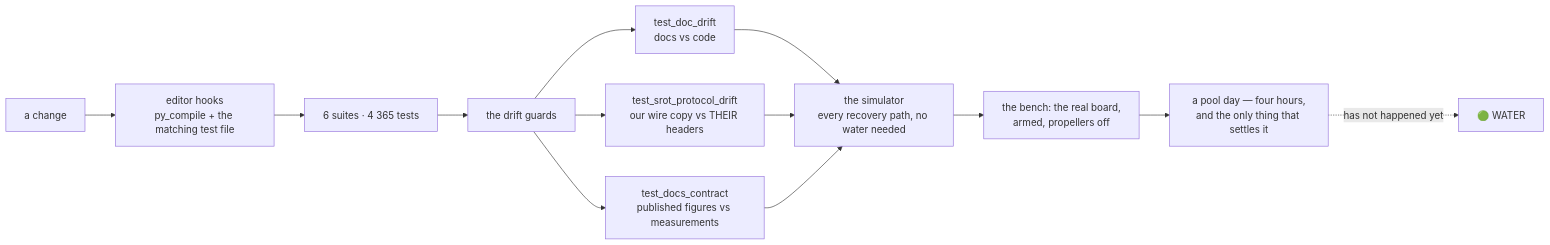
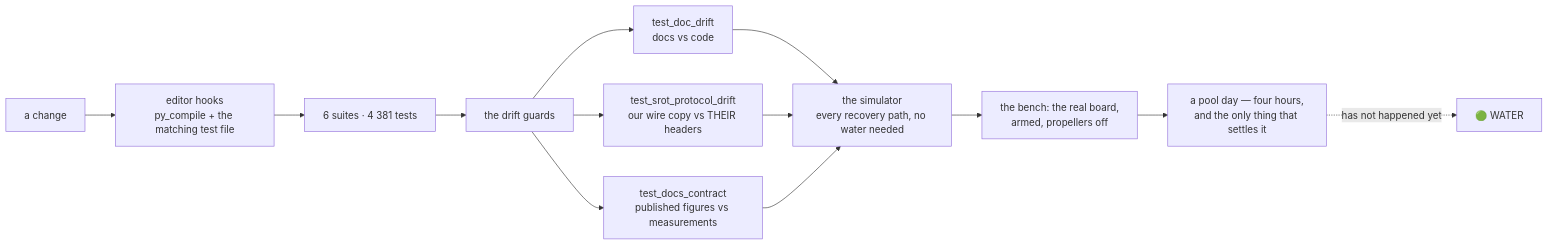
Before and after one commit to fh1m/mongla_ws: the ninth of 10 diagrams in README.md, drawn with Mermaid. The commit also changed other lines of this file and 11 other files, not shown here.

````diff
--- a/README.md
+++ b/README.md
@@ -752,15 +752,15 @@
 ```mermaid
 flowchart LR
     DEV["a change"] --> HOOK["editor hooks<br/>py_compile + the matching test file"]
-    HOOK --> UNIT["6 suites · 4 365 tests"]
+    HOOK --> UNIT["6 suites · 4 381 tests"]
     UNIT --> GUARD["the drift guards"]
     GUARD --> G1["test_doc_drift<br/>docs vs code"]
     GUARD --> G2["test_srot_protocol_drift<br/>our wire copy vs THEIR headers"]
     GUARD --> G3["test_docs_contract<br/>published figures vs measurements"]
     G1 --> SIM["the simulator<br/>every recovery path, no water needed"]
     G2 --> SIM
     G3 --> SIM
     SIM --> BENCH["the bench: the real board,<br/>armed, propellers off"]
     BENCH --> POOL["a pool day — four hours,<br/>and the only thing that settles it"]
     POOL -.->|"has not happened yet"| WATER["🟢 WATER"]
 ```
````
